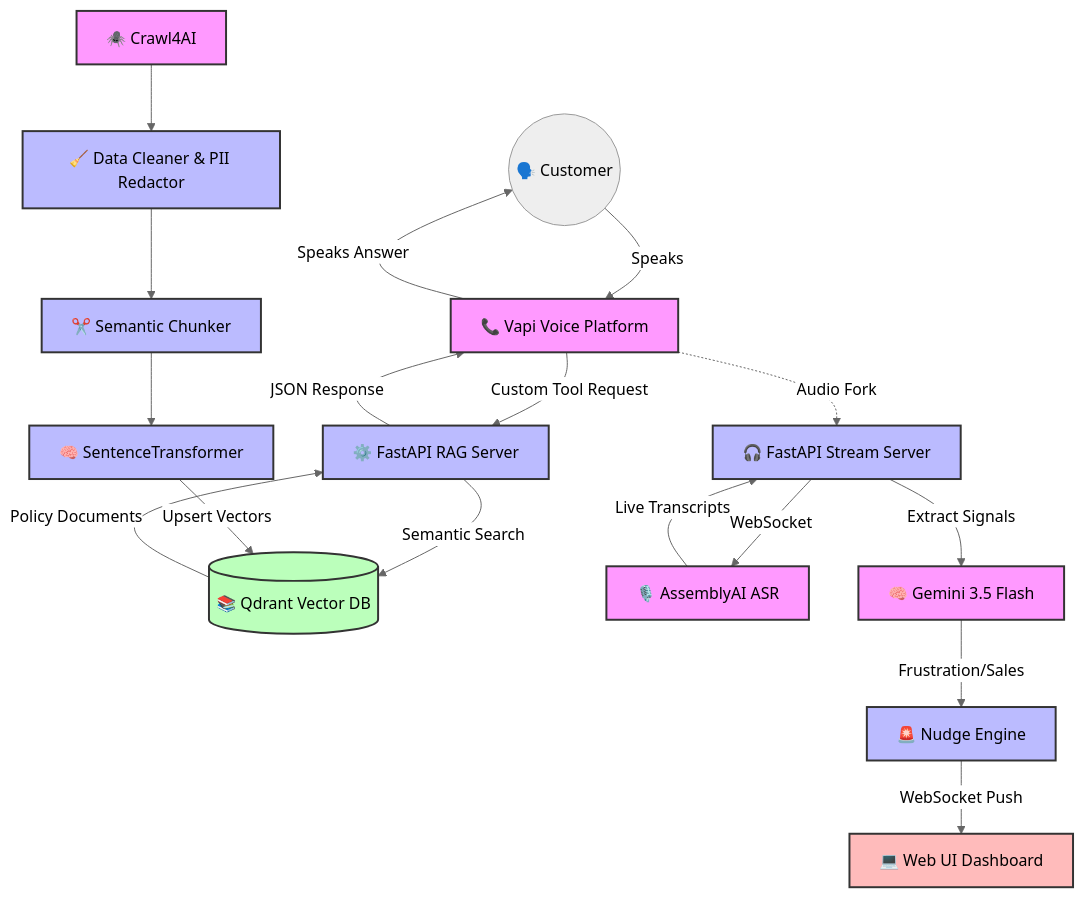
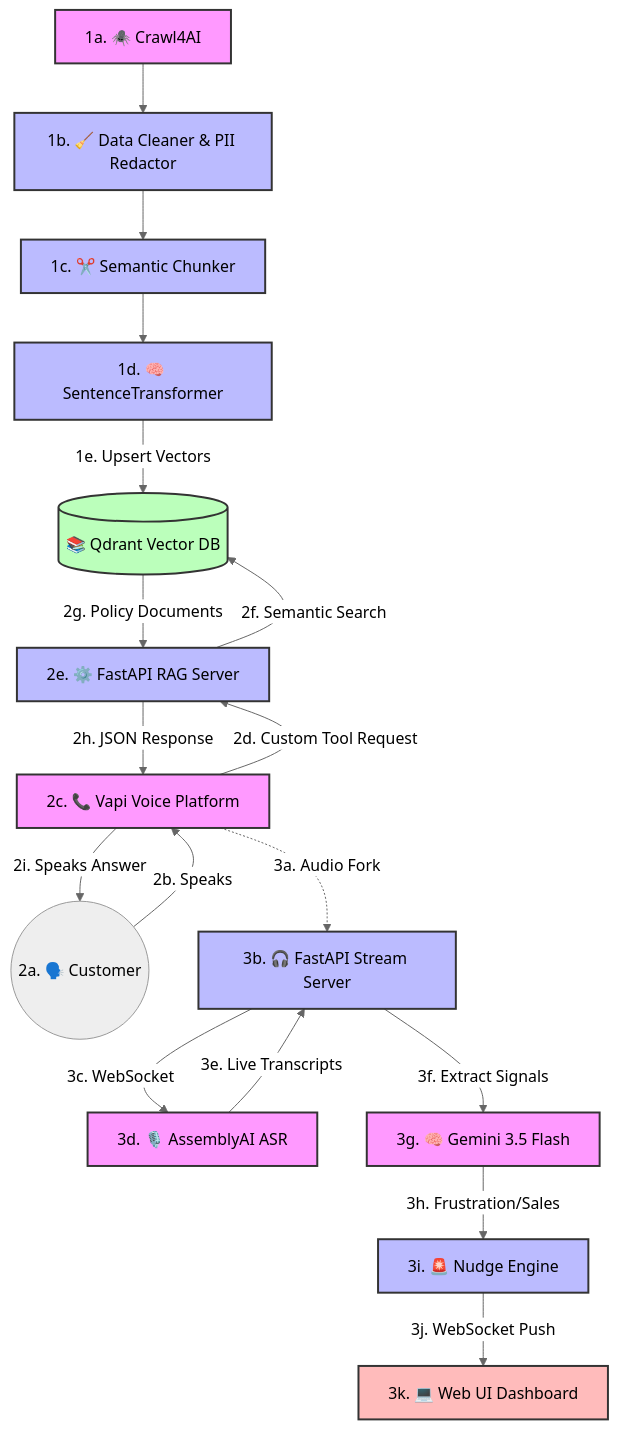
Before and after one commit to Niteshkrjhag/AI-Voice-RAG: the diagram in README.md, drawn with Mermaid (neutral theme).

Commit message:
docs: add numbering to mermaid architecture diagram for clarity

````diff
--- a/README.md
+++ b/README.md
@@ -25,38 +25,36 @@
 ```mermaid
 graph TD
     %% Define Styles
     classDef external fill:#f9f,stroke:#333,stroke-width:2px;
     classDef backend fill:#bbf,stroke:#333,stroke-width:2px;
     classDef database fill:#bfb,stroke:#333,stroke-width:2px;
     classDef frontend fill:#fbb,stroke:#333,stroke-width:2px;
 
-    %% Actors and Telephony
-    User((🗣️ Customer)) -->|Speaks| Vapi[📞 Vapi Voice Platform]
+    %% 1. Data Ingestion Flow (Offline)
+    Crawler[1a. 🕷️ Crawl4AI] --> Cleaner[1b. 🧹 Data Cleaner & PII Redactor]
+    Cleaner --> Chunker[1c. ✂️ Semantic Chunker]
+    Chunker --> Embedder[1d. 🧠 SentenceTransformer]
+    Embedder -->|1e. Upsert Vectors| Qdrant[(📚 Qdrant Vector DB)]
     
-    %% Main RAG Flow
-    Vapi -->|Custom Tool Request| FastAPI[⚙️ FastAPI RAG Server]
-    FastAPI -->|Semantic Search| Qdrant[(📚 Qdrant Vector DB)]
-    Qdrant -->|Policy Documents| FastAPI
-    FastAPI -->|JSON Response| Vapi
-    Vapi -->|Speaks Answer| User
+    %% 2. Main Conversational RAG Flow
+    User((2a. 🗣️ Customer)) -->|2b. Speaks| Vapi[2c. 📞 Vapi Voice Platform]
+    Vapi -->|2d. Custom Tool Request| FastAPI[2e. ⚙️ FastAPI RAG Server]
+    FastAPI -->|2f. Semantic Search| Qdrant
+    Qdrant -->|2g. Policy Documents| FastAPI
+    FastAPI -->|2h. JSON Response| Vapi
+    Vapi -->|2i. Speaks Answer| User
     
-    %% Data Ingestion Flow (Offline)
-    Crawler[🕷️ Crawl4AI] --> Cleaner[🧹 Data Cleaner & PII Redactor]
-    Cleaner --> Chunker[✂️ Semantic Chunker]
-    Chunker --> Embedder[🧠 SentenceTransformer]
-    Embedder -->|Upsert Vectors| Qdrant
-    
-    %% Live Insights Flow
-    Vapi -.->|Audio Fork| StreamServer[🎧 FastAPI Stream Server]
-    StreamServer -->|WebSocket| AAI[🎙️ AssemblyAI ASR]
-    AAI -->|Live Transcripts| StreamServer
-    StreamServer -->|Extract Signals| Gemini[🧠 Gemini 3.5 Flash]
-    Gemini -->|Frustration/Sales| Nudge[🚨 Nudge Engine]
-    Nudge -->|WebSocket Push| Dashboard[💻 Web UI Dashboard]
+    %% 3. Live Insights Flow
+    Vapi -.->|3a. Audio Fork| StreamServer[3b. 🎧 FastAPI Stream Server]
+    StreamServer -->|3c. WebSocket| AAI[3d. 🎙️ AssemblyAI ASR]
+    AAI -->|3e. Live Transcripts| StreamServer
+    StreamServer -->|3f. Extract Signals| Gemini[3g. 🧠 Gemini 3.5 Flash]
+    Gemini -->|3h. Frustration/Sales| Nudge[3i. 🚨 Nudge Engine]
+    Nudge -->|3j. WebSocket Push| Dashboard[3k. 💻 Web UI Dashboard]
     
     %% Apply Styles
     class Vapi,AAI,Gemini,Crawler external;
     class FastAPI,StreamServer,Cleaner,Chunker,Embedder,Nudge backend;
     class Qdrant database;
     class Dashboard frontend;
 ```
````
